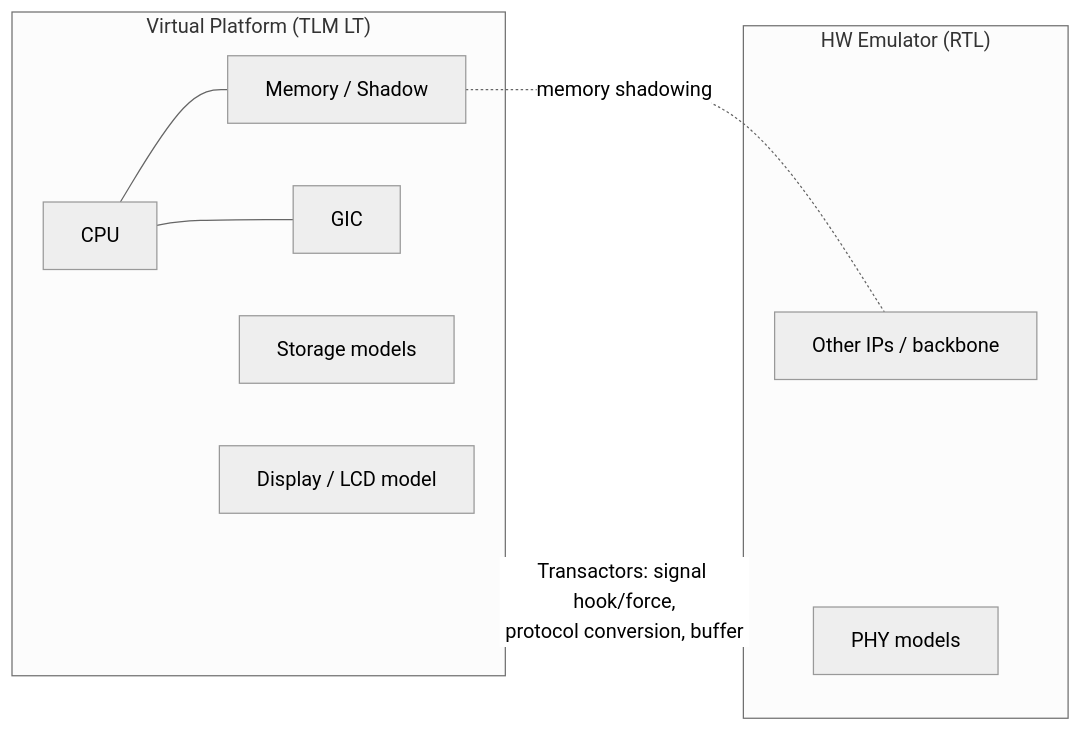
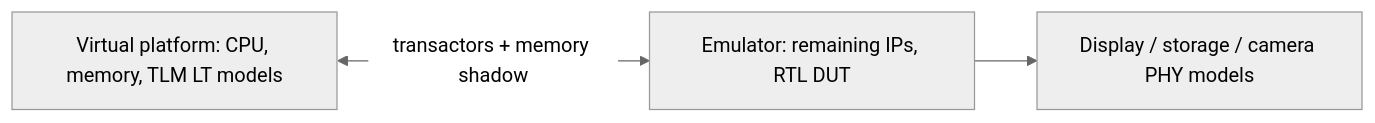
The diagram in docs/papers/ref-20261018-c6c6-early-software-development-and-verification-methodology-usin.md (nemo99007/yt-paper), drawn with Mermaid (neutral theme) before and after one commit. The commit also changed other lines of this file and 172 other files, not shown here.

````diff
--- a/docs/papers/ref-20261018-c6c6-early-software-development-and-verification-methodology-usin.md
+++ b/docs/papers/ref-20261018-c6c6-early-software-development-and-verification-methodology-usin.md
@@ -225,15 +225,5 @@
 ```mermaid
 flowchart LR
-    subgraph VP["Virtual Platform (TLM LT)"]
-        CPU[CPU] --- MEM[Memory / Shadow]
-        CPU --- GIC[GIC]
-        STO[Storage models]
-        DSP[Display / LCD model]
-    end
-    subgraph EMU["HW Emulator (RTL)"]
-        IPS[Other IPs / backbone]
-        PHY[PHY models]
-    end
-    VP <-->|"Transactors: signal hook/force,<br/>protocol conversion, buffer"| EMU
-    MEM -. "memory shadowing" .- IPS
+  VP[Virtual platform: CPU, memory, TLM LT models] <-->|transactors + memory shadow| EMU[Emulator: remaining IPs, RTL DUT]
+  EMU --> PHY[Display / storage / camera PHY models]
 ```
````
